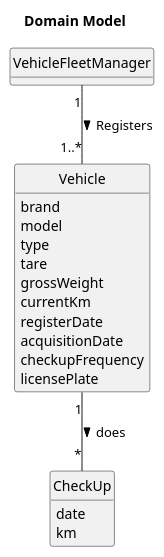
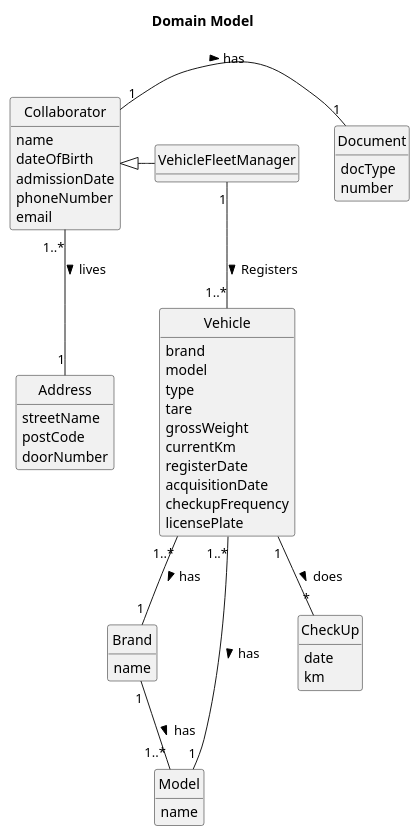
One commit to Departamento-de-Engenharia-Informatica/lei-24-s2-1db-g022 changed the diagram in docs/sprint2/us08/02.analysis/puml/us08-domain-model.puml. Above: the diagram before and after it, drawn with PlantUML.

Commit message:
Domain Model US08

```diff
--- a/docs/sprint2/us08/02.analysis/puml/us08-domain-model.puml
+++ b/docs/sprint2/us08/02.analysis/puml/us08-domain-model.puml
@@ -1,45 +1,76 @@
 @startuml
 skinparam monochrome true
 skinparam packageStyle rectangle
 skinparam shadowing false
 skinparam classAttributeIconSize 0
 hide circle
 hide methods
 
 title Domain Model
 
 
 
 class VehicleFleetManager {
 
 }
 
+class Collaborator {
+    name
+    dateOfBirth
+    admissionDate
+    phoneNumber
+    email
+}
 
+class Document{
+    docType
+    number
+}
+
+class Address {
+    streetName
+    postCode
+    doorNumber
+}
 
 
 class Vehicle{
     brand
     model
     type
     tare
     grossWeight
     currentKm
     registerDate
     acquisitionDate
     checkupFrequency
     licensePlate
 }
+class Brand{
+    name
+}
+
+class Model{
+    name
+}
 
 class CheckUp{
     date
     km
 }
 
 
 
+Collaborator "1" - "1" Document : has >
 
+Collaborator "1..*" -- "1" Address : lives >
+Collaborator <|- VehicleFleetManager
 
 Vehicle "1" -- "*" CheckUp :  does >
 VehicleFleetManager "1" -- "1..*" Vehicle : Registers >
+Vehicle "1..*" -- "1" Brand : has >
+Brand "1" -- "1..*" Model : has >
+
+Vehicle "1..*" -- "1" Model :  has >
 
 @enduml
```
